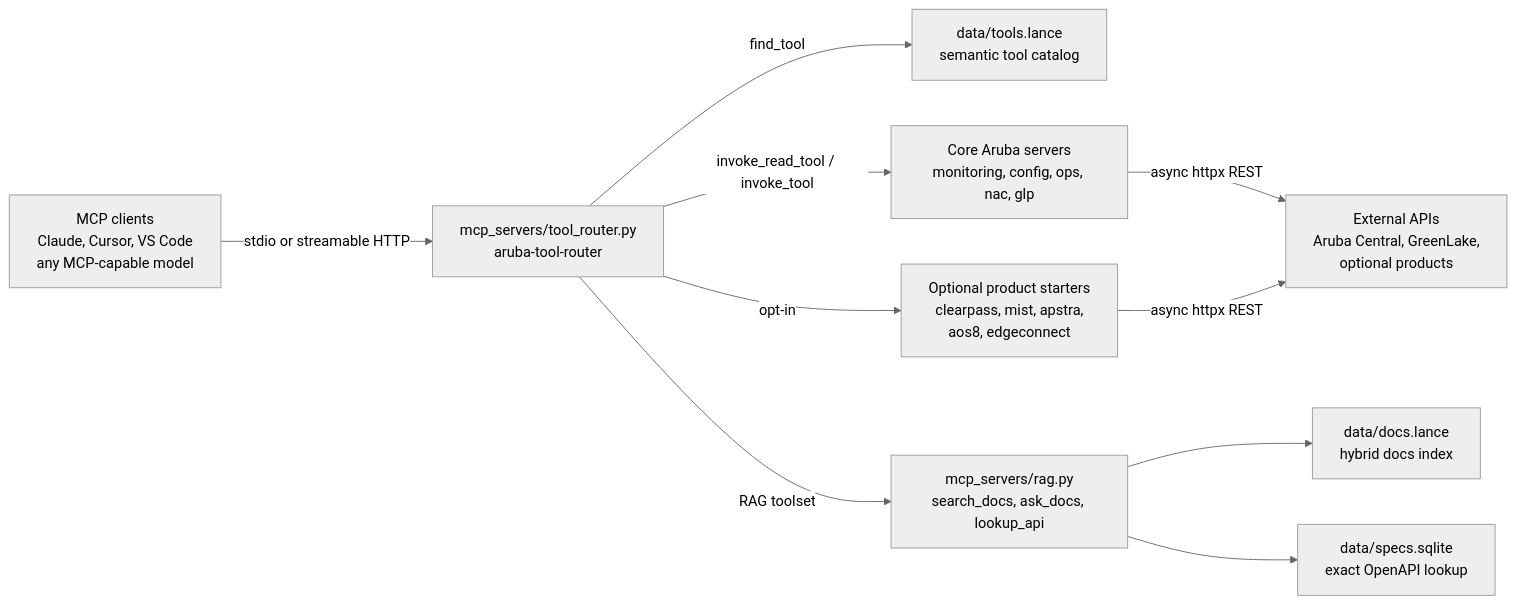
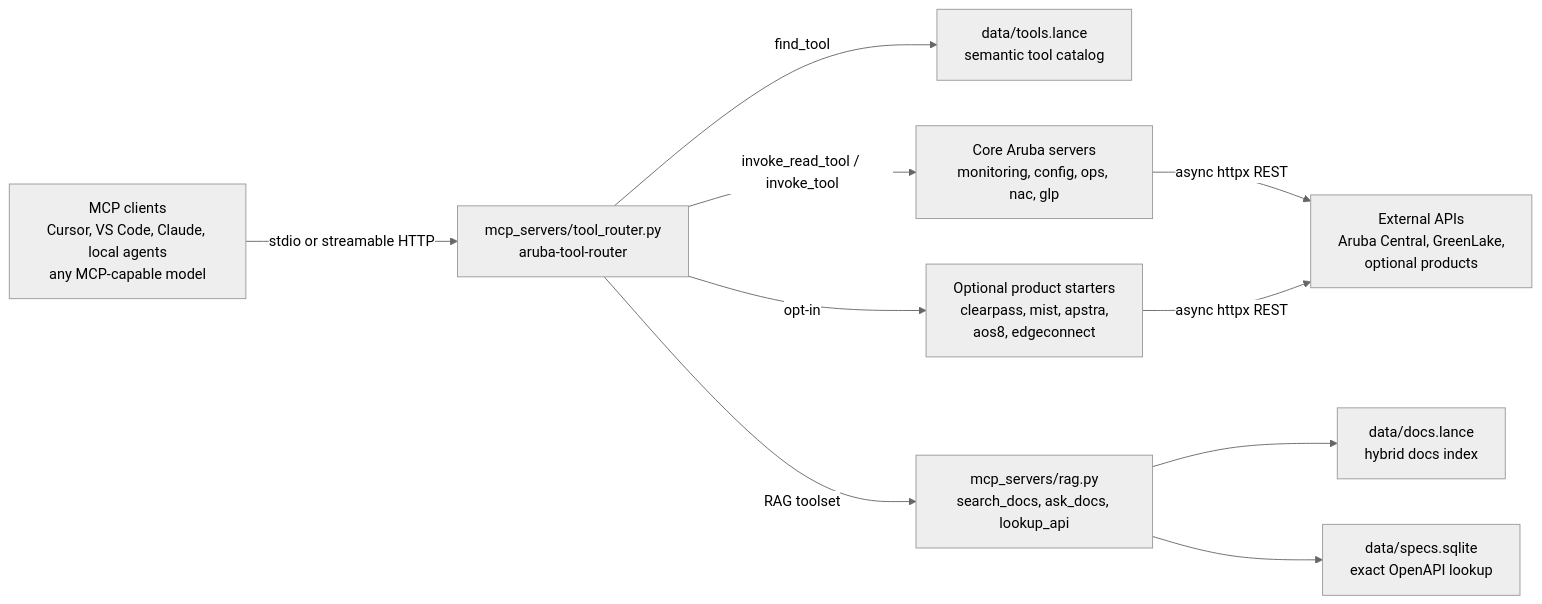
Before and after one commit to secure-ssid/centralmcp: the first of 3 diagrams in docs/architecture/system-overview.md, drawn with Mermaid (neutral theme). The commit also changed other lines of this file and 10 other files, not shown here.

````diff
--- a/docs/architecture/system-overview.md
+++ b/docs/architecture/system-overview.md
@@ -7,22 +7,22 @@
 ```mermaid
 flowchart LR
-    client["MCP clients<br/>Claude, Cursor, VS Code<br/>any MCP-capable model"]
+    client["MCP clients<br/>Cursor, VS Code, Claude, local agents<br/>any MCP-capable model"]
     router["mcp_servers/tool_router.py<br/>aruba-tool-router"]
     catalog["data/tools.lance<br/>semantic tool catalog"]
     rag["mcp_servers/rag.py<br/>search_docs, ask_docs, lookup_api"]
     docs["data/docs.lance<br/>hybrid docs index"]
     specs["data/specs.sqlite<br/>exact OpenAPI lookup"]
     core["Core Aruba servers<br/>monitoring, config, ops, nac, glp"]
     optional["Optional product starters<br/>clearpass, mist, apstra,<br/>aos8, edgeconnect"]
     apis["External APIs<br/>Aruba Central, GreenLake,<br/>optional products"]
 
     client -->|"stdio or streamable HTTP"| router
     router -->|"find_tool"| catalog
     router -->|"invoke_read_tool / invoke_tool"| core
     router -->|"opt-in"| optional
     router -->|"RAG toolset"| rag
     rag --> docs
     rag --> specs
     core -->|"async httpx REST"| apis
     optional -->|"async httpx REST"| apis
 ```
````
